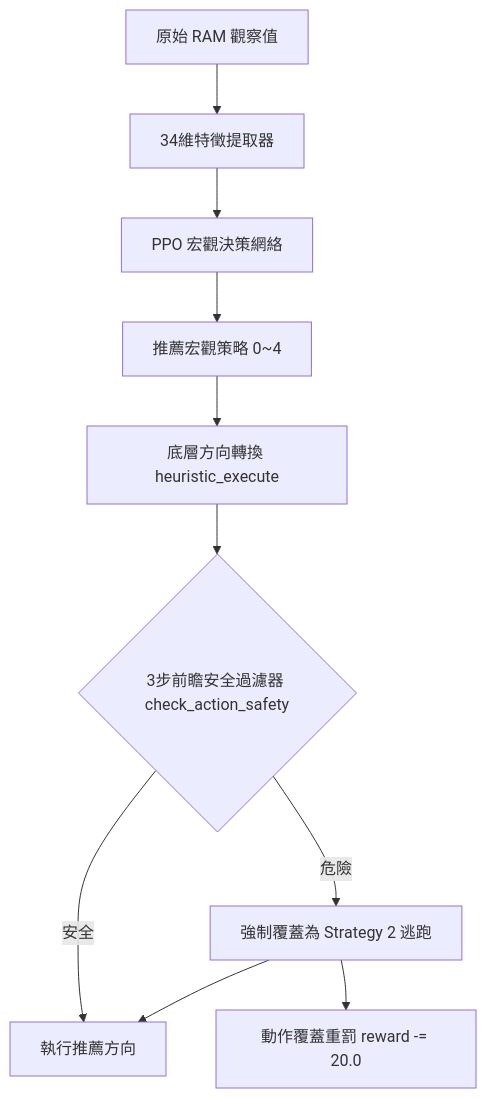
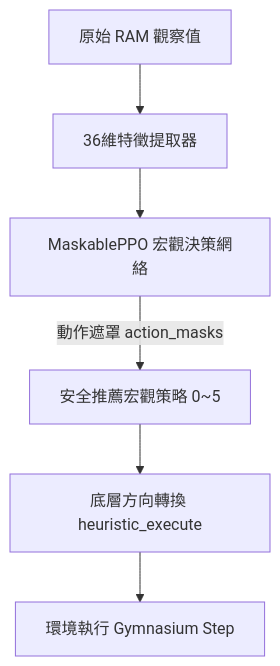
One commit to amais23/------ changed the diagram in rl_starter_12/docs/agent_strategy_and_optimization_report.md. Above: the diagram before and after it, drawn with Mermaid. The commit also changed other lines of this file and 10 other files, not shown here.

Commit message:
feat: implement maskable action space, level-based curriculum training, and adaptive safety margin decay in Pacman environment.

````diff
--- a/rl_starter_12/docs/agent_strategy_and_optimization_report.md
+++ b/rl_starter_12/docs/agent_strategy_and_optimization_report.md
@@ -11,13 +11,8 @@
 ```mermaid
 graph TD
-    RawObs[原始 RAM 觀察值] --> FeatExt[34維特徵提取器]
-    FeatExt --> PPO[PPO 宏觀決策網絡]
-    PPO --> ProposedAct[推薦宏觀策略 0~4]
-    ProposedAct --> LowLevelCard[底層方向轉換 heuristic_execute]
-    LowLevelCard --> SafetyFilter{3步前瞻安全過濾器 check_action_safety}
-    
-    SafetyFilter -- 安全 --> EnvExec[執行推薦方向]
-    SafetyFilter -- 危險 --> Override[強制覆蓋為 Strategy 2 逃跑]
-    Override --> EnvExec
-    Override --> Penalty[動作覆蓋重罰 reward -= 20.0]
+    RawObs[原始 RAM 觀察值] --> FeatExt[36維特徵提取器]
+    FeatExt --> PPO[MaskablePPO 宏觀決策網絡]
+    PPO -- 動作遮罩 action_masks --> SafeAct[安全推薦宏觀策略 0~5]
+    SafeAct --> LowLevelCard[底層方向轉換 heuristic_execute]
+    LowLevelCard --> EnvExec[環境執行 Gymnasium Step]
 ```
````
